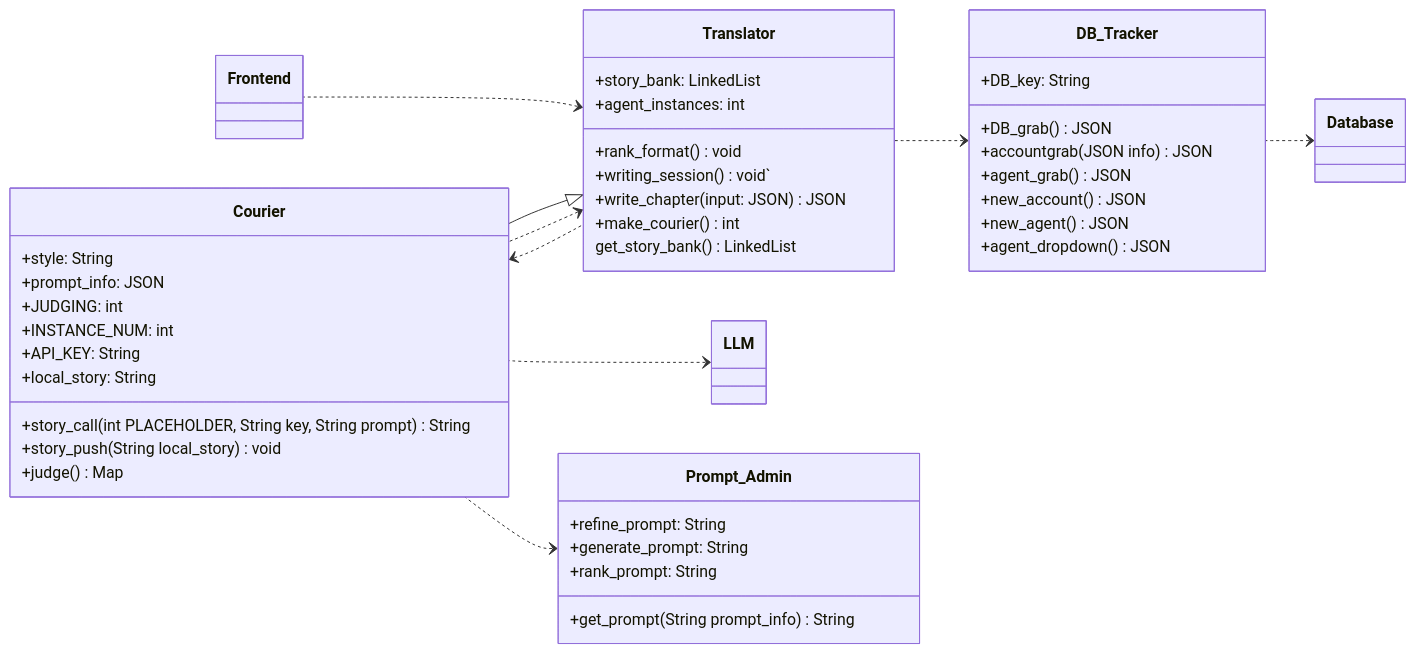
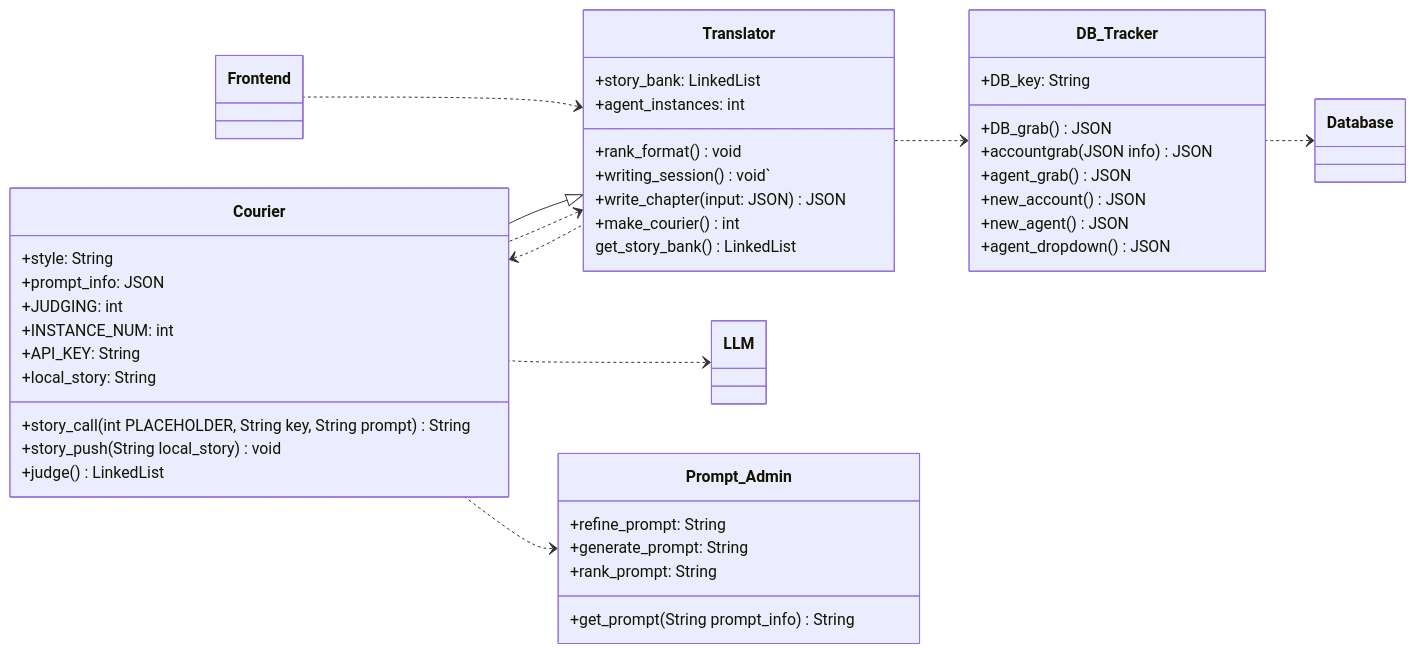
The second of 2 diagrams in documentation/docs/system-architecture/class-diagrams.md (Capstone-Projects-2025-Spring/project-003-story-builder-team-1), drawn with Mermaid before and after one commit. The commit also changed other lines of this file, not shown here.

````diff
--- a/documentation/docs/system-architecture/class-diagrams.md
+++ b/documentation/docs/system-architecture/class-diagrams.md
@@ -360,56 +360,56 @@
 ```mermaid
 classDiagram
 direction RL
 
 Translator <.. Frontend
 DB_Tracker <.. Translator
 Database <.. DB_Tracker
 Courier <.. Translator
 Translator <|-- Courier
 Translator <.. Courier
 LLM <.. Courier
 Prompt_Admin <.. Courier
 
 class Translator {
    +story_bank: LinkedList
    +agent_instances: int
 
    +rank_format() void
    +writing_session() void`
    +write_chapter(input: JSON) JSON
    +make_courier() int
    get_story_bank() LinkedList
 }
 
 class DB_Tracker {
    +DB_key: String
 
    +DB_grab() JSON
    +accountgrab(JSON info) JSON
    +agent_grab() JSON
    +new_account() JSON
    +new_agent() JSON
    +agent_dropdown() JSON
 }
 
 class Courier {
    +style: String
    +prompt_info: JSON
    +JUDGING: int
    +INSTANCE_NUM: int
    +API_KEY: String
    +local_story: String
 
    +story_call(int PLACEHOLDER, String key, String prompt) String
    +story_push(String local_story) void
-   +judge() Map
+   +judge() LinkedList
 }
 
 class Prompt_Admin {
    +refine_prompt: String
    +generate_prompt: String
    +rank_prompt: String
 
    +get_prompt(String prompt_info) String
 }
 ```
````
